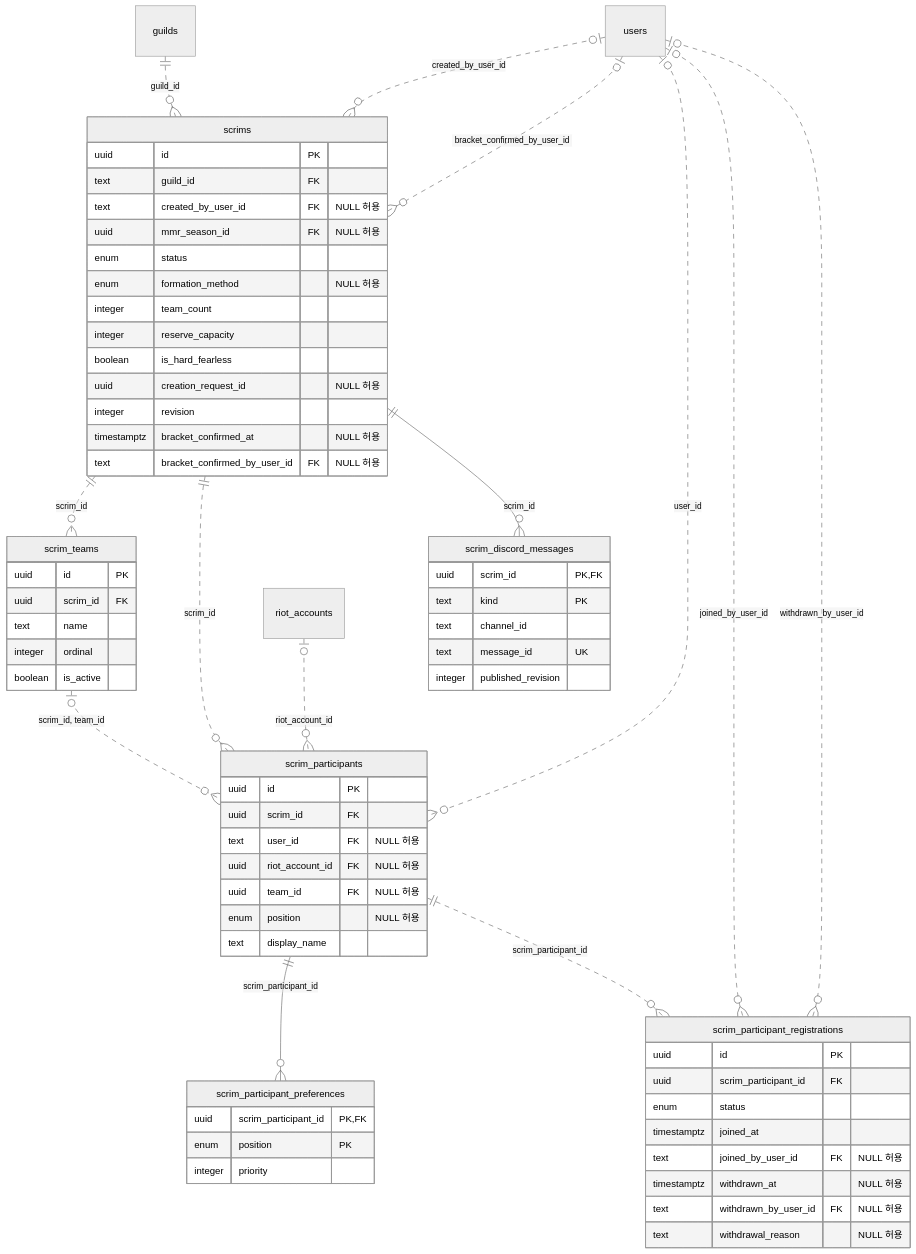
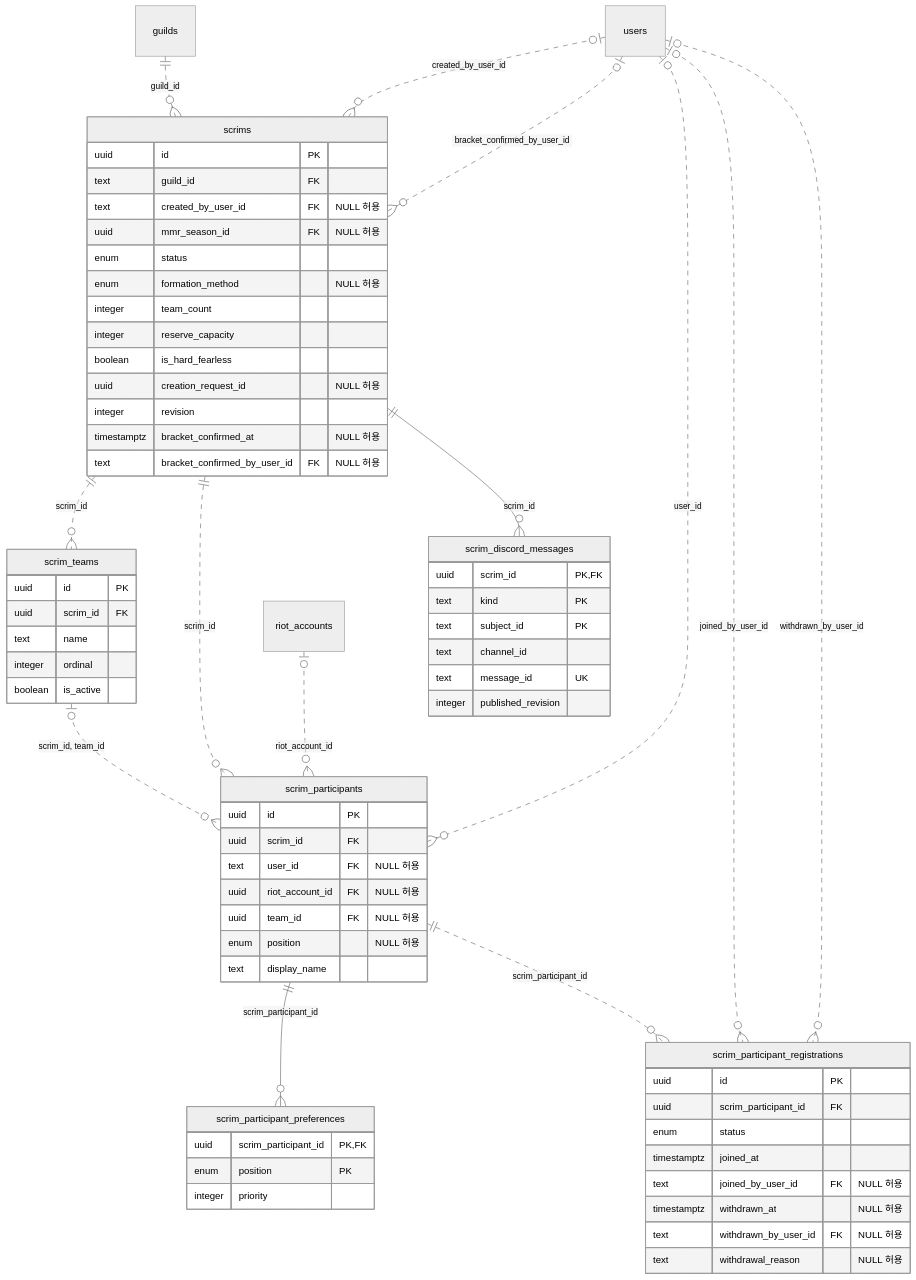
Before and after one commit to Longcat2957/MonkeyScrimManager2: the fourth of 9 diagrams in docs/database-erd.md, drawn with Mermaid (neutral theme). The commit also changed other lines of this file and 67 other files, not shown here.

````diff
--- a/docs/database-erd.md
+++ b/docs/database-erd.md
@@ -259,70 +262,71 @@
 ```mermaid
 erDiagram
     scrims {
         uuid id PK
         text guild_id FK
         text created_by_user_id FK "NULL 허용"
         uuid mmr_season_id FK "NULL 허용"
         enum status
         enum formation_method "NULL 허용"
         integer team_count
         integer reserve_capacity
         boolean is_hard_fearless
         uuid creation_request_id "NULL 허용"
         integer revision
         timestamptz bracket_confirmed_at "NULL 허용"
         text bracket_confirmed_by_user_id FK "NULL 허용"
     }
     scrim_teams {
         uuid id PK
         uuid scrim_id FK
         text name
         integer ordinal
         boolean is_active
     }
     scrim_participants {
         uuid id PK
         uuid scrim_id FK
         text user_id FK "NULL 허용"
         uuid riot_account_id FK "NULL 허용"
         uuid team_id FK "NULL 허용"
         enum position "NULL 허용"
         text display_name
     }
     scrim_participant_preferences {
         uuid scrim_participant_id PK, FK
         enum position PK
         integer priority
     }
     scrim_participant_registrations {
         uuid id PK
         uuid scrim_participant_id FK
         enum status
         timestamptz joined_at
         text joined_by_user_id FK "NULL 허용"
         timestamptz withdrawn_at "NULL 허용"
         text withdrawn_by_user_id FK "NULL 허용"
         text withdrawal_reason "NULL 허용"
     }
     scrim_discord_messages {
         uuid scrim_id PK, FK
         text kind PK
+        text subject_id PK
         text channel_id
         text message_id UK
         integer published_revision
     }
 
     guilds ||..o{ scrims : guild_id
     users |o..o{ scrims : created_by_user_id
     users |o..o{ scrims : bracket_confirmed_by_user_id
     scrims ||..o{ scrim_teams : scrim_id
     scrims ||..o{ scrim_participants : scrim_id
     users |o..o{ scrim_participants : user_id
     riot_accounts |o..o{ scrim_participants : riot_account_id
     scrim_teams |o..o{ scrim_participants : "scrim_id, team_id"
     scrim_participants ||--o{ scrim_participant_preferences : scrim_participant_id
     scrim_participants ||..o{ scrim_participant_registrations : scrim_participant_id
     users |o..o{ scrim_participant_registrations : joined_by_user_id
     users |o..o{ scrim_participant_registrations : withdrawn_by_user_id
     scrims ||--o{ scrim_discord_messages : scrim_id
 ```
````
